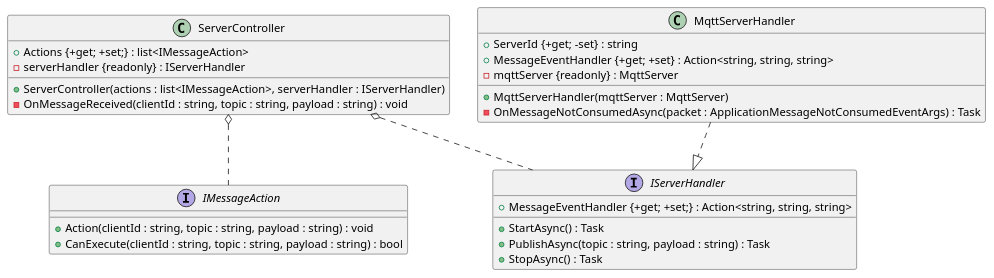
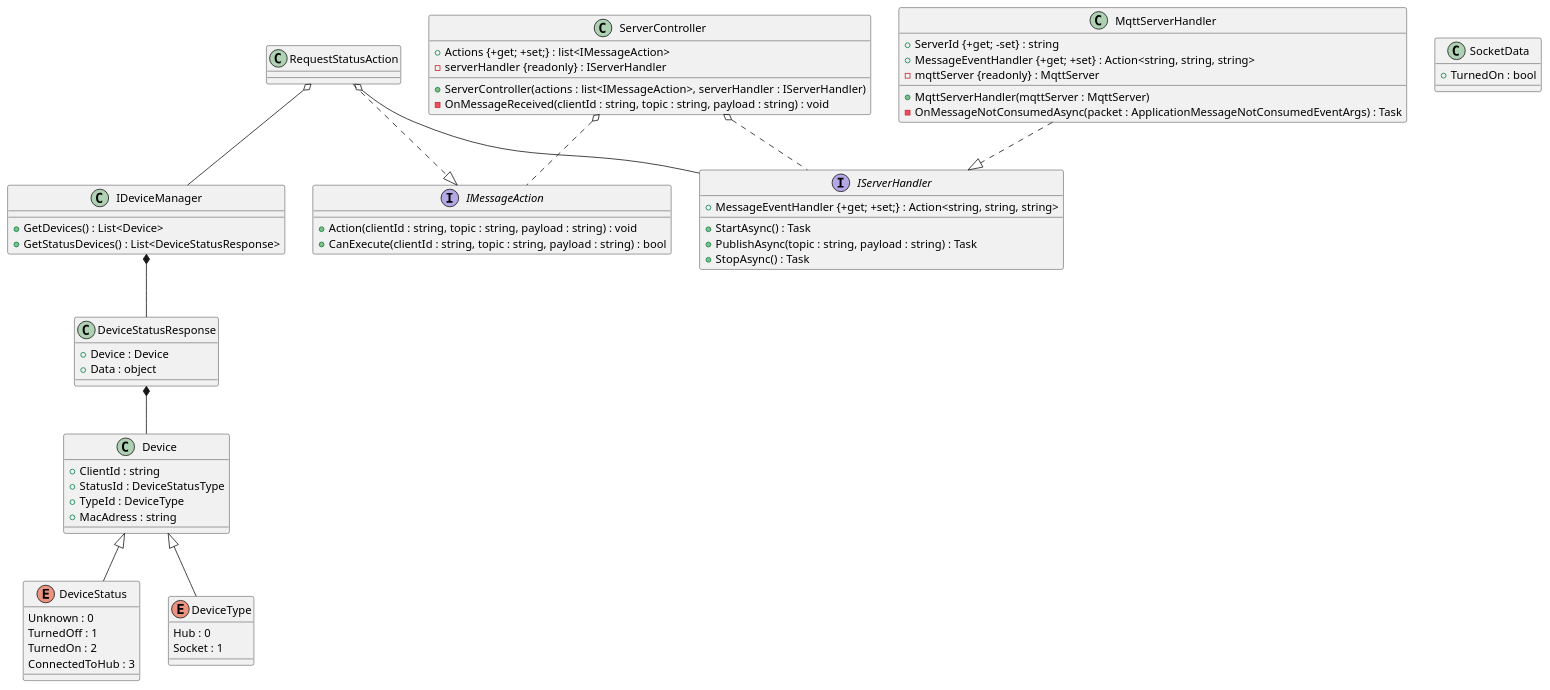
The diagram in docs/class diagrams/xPowerHub.plantuml (Casp7654/XPower), drawn with PlantUML before and after one commit. The commit also changed 27 other files, not shown here.

First line of the commit message:
Peter/io t send status to hub (#23)

```diff
--- a/docs/class diagrams/xPowerHub.plantuml
+++ b/docs/class diagrams/xPowerHub.plantuml
@@ -1,33 +1,80 @@
 @startuml XPowerHub
 
 interface IMessageAction {
     +Action(clientId : string, topic : string, payload : string) : void
     +CanExecute(clientId : string, topic : string, payload : string) : bool
 }
 
 interface IServerHandler {
     +MessageEventHandler {+get; +set;} : Action<string, string, string>
     +StartAsync() : Task
     +PublishAsync(topic : string, payload : string) : Task
     +StopAsync() : Task
 }
 
 class MqttServerHandler {
     +ServerId {+get; -set} : string
     +MessageEventHandler {+get; +set} : Action<string, string, string>
     -mqttServer {readonly} : MqttServer
     +MqttServerHandler(mqttServer : MqttServer)
     -OnMessageNotConsumedAsync(packet : ApplicationMessageNotConsumedEventArgs) : Task
 }
 
 class ServerController {
     +Actions {+get; +set;} : list<IMessageAction>
     -serverHandler {readonly} : IServerHandler
     +ServerController(actions : list<IMessageAction>, serverHandler : IServerHandler)
     -OnMessageReceived(clientId : string, topic : string, payload : string) : void
 }
 
+class IDeviceManager{
+    +GetDevices() : List<Device>
+    +GetStatusDevices() : List<DeviceStatusResponse>
+}
+
+class RequestStatusAction {
+
+}
+
+class Device{
+    +ClientId : string
+    +StatusId : DeviceStatusType
+    +TypeId : DeviceType
+    +MacAdress : string
+}
+class DeviceStatusResponse{
+    +Device : Device
+    +Data : object
+}
+class SocketData{
+    +TurnedOn : bool
+}
+enum DeviceStatus{
+    Unknown : 0
+    TurnedOff : 1
+    TurnedOn : 2
+    ConnectedToHub : 3
+}
+
+enum DeviceType{
+    Hub : 0
+    Socket : 1
+}
+
 MqttServerHandler ..|> IServerHandler
 ServerController o.. IServerHandler
 ServerController o.. IMessageAction
+
+RequestStatusAction ..|> IMessageAction
+RequestStatusAction o-- IServerHandler
+RequestStatusAction o-- IDeviceManager
+
+
+IDeviceManager *-- DeviceStatusResponse
+DeviceStatusResponse *-- Device
+Device <|-- DeviceStatus
+Device <|-- DeviceType
+
+
+
 @enduml
```
